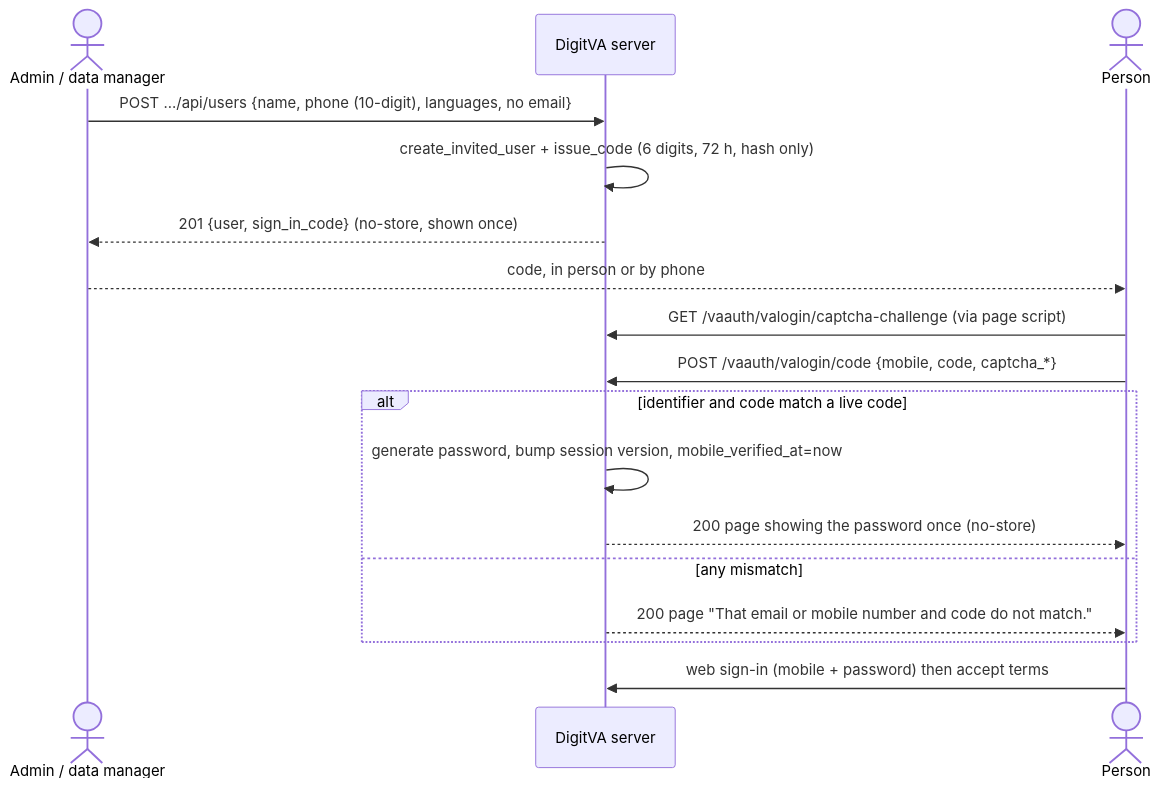
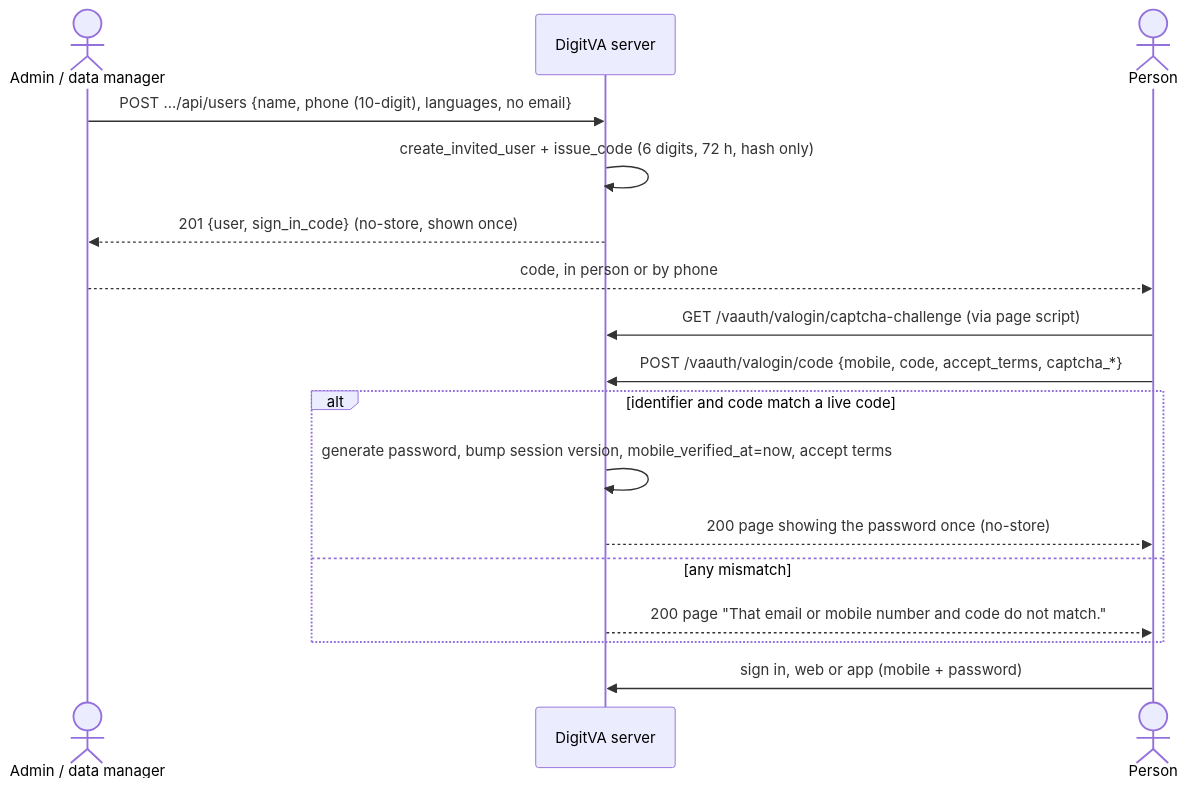
One commit to drguptavivek/DigitVA changed the second of 4 diagrams in docs/current-state/authentication-and-onboarding.md. Above: the diagram before and after it, drawn with Mermaid. The commit also changed other lines of this file and 55 other files, not shown here.

````diff
--- a/docs/current-state/authentication-and-onboarding.md
+++ b/docs/current-state/authentication-and-onboarding.md
@@ -163,19 +165,19 @@
 ```mermaid
 sequenceDiagram
     actor Creator as Admin / data manager
     participant S as DigitVA server
     actor P as Person
     Creator->>S: POST .../api/users {name, phone (10-digit), languages, no email}
     S->>S: create_invited_user + issue_code (6 digits, 72 h, hash only)
     S-->>Creator: 201 {user, sign_in_code} (no-store, shown once)
     Creator-->>P: code, in person or by phone
     P->>S: GET /vaauth/valogin/captcha-challenge (via page script)
-    P->>S: POST /vaauth/valogin/code {mobile, code, captcha_*}
+    P->>S: POST /vaauth/valogin/code {mobile, code, accept_terms, captcha_*}
     alt identifier and code match a live code
-        S->>S: generate password, bump session version, mobile_verified_at=now
+        S->>S: generate password, bump session version, mobile_verified_at=now, accept terms
         S-->>P: 200 page showing the password once (no-store)
     else any mismatch
         S-->>P: 200 page "That email or mobile number and code do not match."
     end
-    P->>S: web sign-in (mobile + password) then accept terms
+    P->>S: sign in, web or app (mobile + password)
 ```
````
